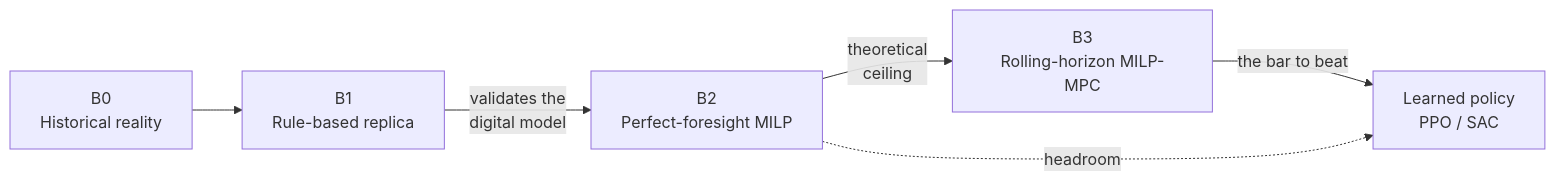
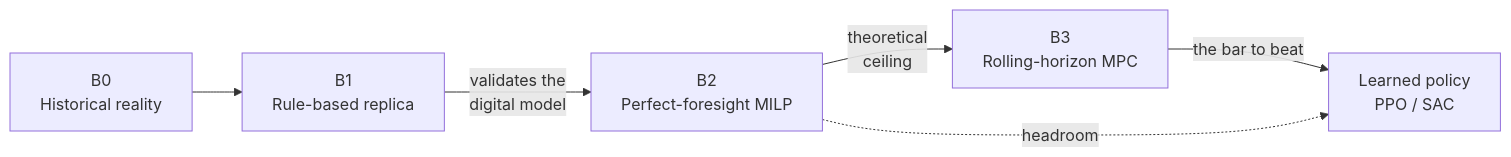
The first of 2 diagrams in docs/03-methodology-benchmark-ladder.md (muratkus01/Portfolio), drawn with Mermaid before and after one commit. The commit also changed other lines of this file, not shown here.

````diff
--- a/docs/03-methodology-benchmark-ladder.md
+++ b/docs/03-methodology-benchmark-ladder.md
@@ -24,8 +24,8 @@
 ```mermaid
 flowchart LR
     B0["B0<br/>Historical reality"] --> B1["B1<br/>Rule-based replica"]
     B1 -->|"validates the<br/>digital model"| B2["B2<br/>Perfect-foresight MILP"]
-    B2 -->|"theoretical<br/>ceiling"| B3["B3<br/>Rolling-horizon MILP-MPC"]
+    B2 -->|"theoretical<br/>ceiling"| B3["B3<br/>Rolling-horizon MPC"]
     B3 -->|"the bar to beat"| RL["Learned policy<br/>PPO / SAC"]
     B2 -.->|"headroom"| RL
 ```
````
